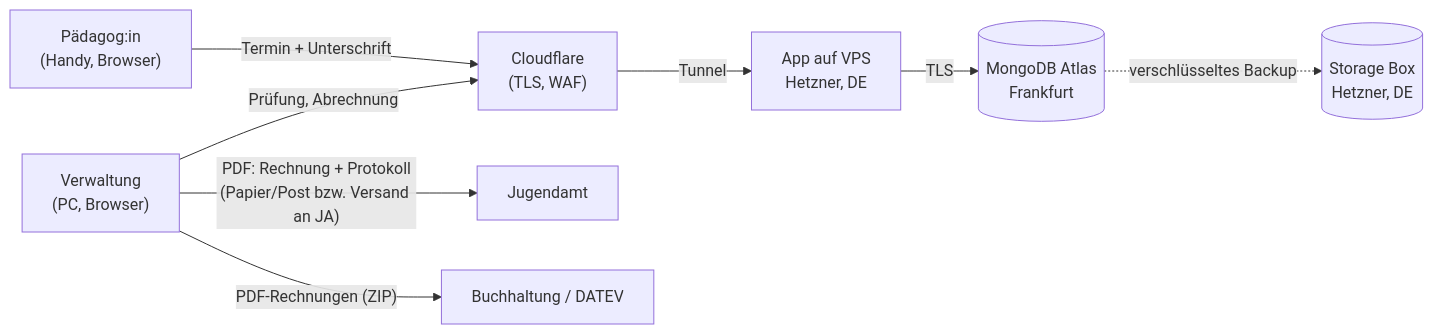
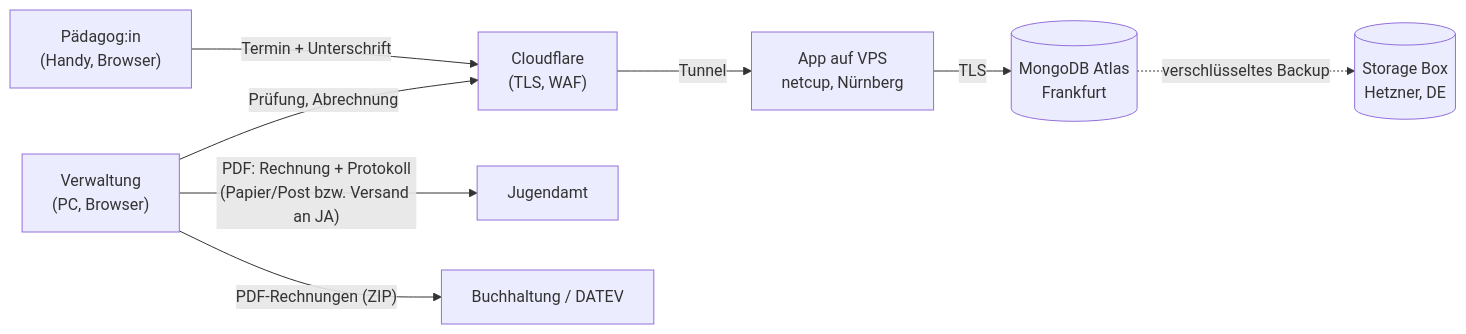
Before and after one commit to mbay-ODW/vibez-betrieb: the diagram in datenschutz/dsfa.md, drawn with Mermaid. The commit also changed other lines of this file and 12 other files, not shown here.

````diff
--- a/datenschutz/dsfa.md
+++ b/datenschutz/dsfa.md
@@ -126,10 +126,10 @@
 ```mermaid
 flowchart LR
     P["Pädagog:in<br/>(Handy, Browser)"] -- "Termin + Unterschrift" --> CF["Cloudflare<br/>(TLS, WAF)"]
     V["Verwaltung<br/>(PC, Browser)"] -- "Prüfung, Abrechnung" --> CF
-    CF -- "Tunnel" --> APP["App auf VPS<br/>Hetzner, DE"]
+    CF -- "Tunnel" --> APP["App auf VPS<br/>netcup, Nürnberg"]
     APP -- "TLS" --> DB[("MongoDB Atlas<br/>Frankfurt")]
     DB -. "verschlüsseltes Backup" .-> SB[("Storage Box<br/>Hetzner, DE")]
     V -- "PDF: Rechnung + Protokoll<br/>(Papier/Post bzw. Versand an JA)" --> JA["Jugendamt"]
     V -- "PDF-Rechnungen (ZIP)" --> DATEV["Buchhaltung / DATEV"]
 ```
````
